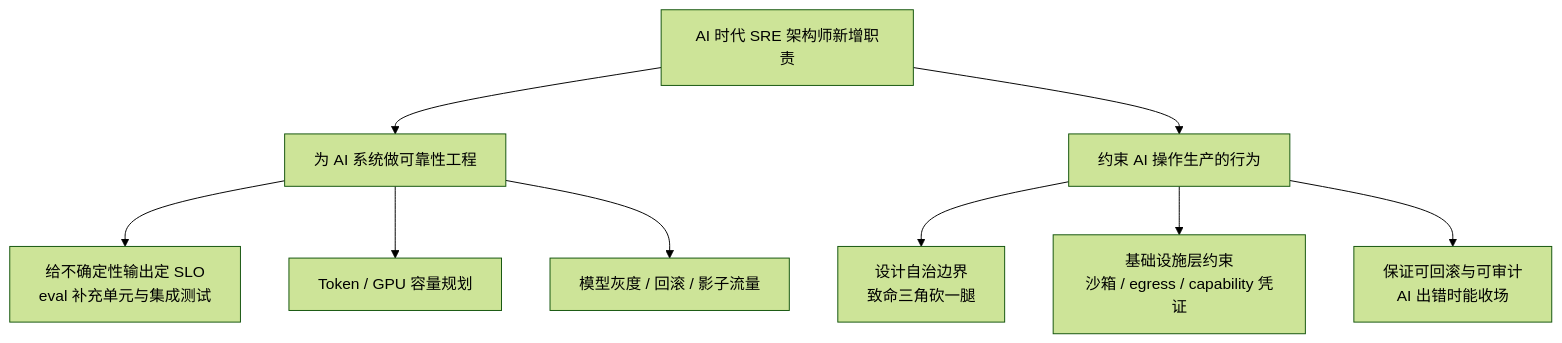
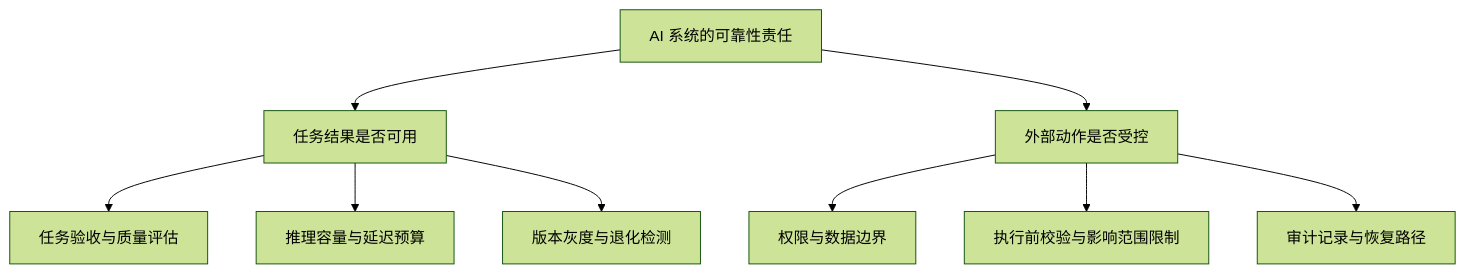
Before and after one commit to oh-my-vibe-coding/ai-reliability-architecture: the diagram in 理念/02-SRE架构师的角色迁移.md, drawn with Mermaid (forest theme). The commit also changed other lines of this file and 67 other files, not shown here.

````diff
--- a/理念/02-SRE架构师的角色迁移.md
+++ b/理念/02-SRE架构师的角色迁移.md
@@ -26,14 +31,11 @@
 ```mermaid
 flowchart TB
-    Root[AI 时代 SRE 架构师新增职责]
-    Root --> A[为 AI 系统做可靠性工程]
-    Root --> B[约束 AI 操作生产的行为]
-
-    A --> A1[给不确定性输出定 SLO<br/>eval 补充单元与集成测试]
-    A --> A2[Token / GPU 容量规划]
-    A --> A3[模型灰度 / 回滚 / 影子流量]
-
-    B --> B1[设计自治边界<br/>致命三角砍一腿]
-    B --> B2[基础设施层约束<br/>沙箱 / egress / capability 凭证]
-    B --> B3[保证可回滚与可审计<br/>AI 出错时能收场]
+    R[AI 系统的可靠性责任] --> Q[任务结果是否可用]
+    R --> A[外部动作是否受控]
+    Q --> Q1[任务验收与质量评估]
+    Q --> Q2[推理容量与延迟预算]
+    Q --> Q3[版本灰度与退化检测]
+    A --> A1[权限与数据边界]
+    A --> A2[执行前校验与影响范围限制]
+    A --> A3[审计记录与恢复路径]
 ```
````
